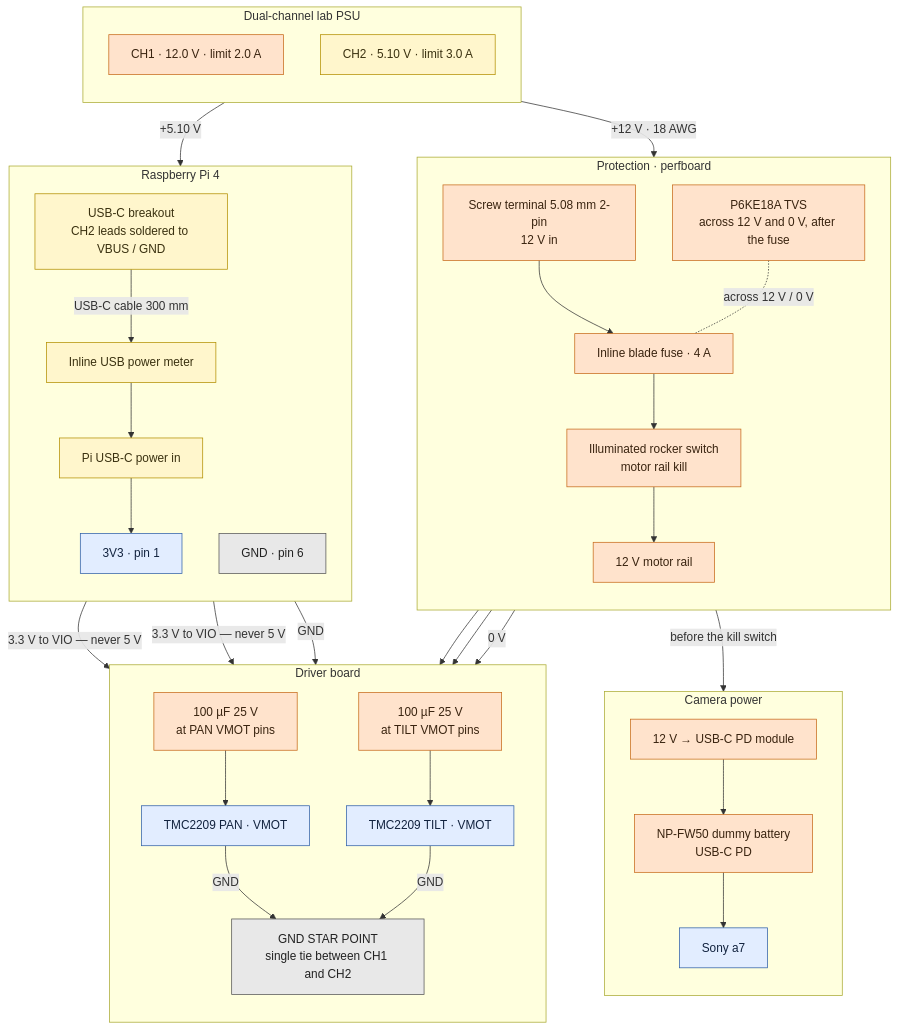
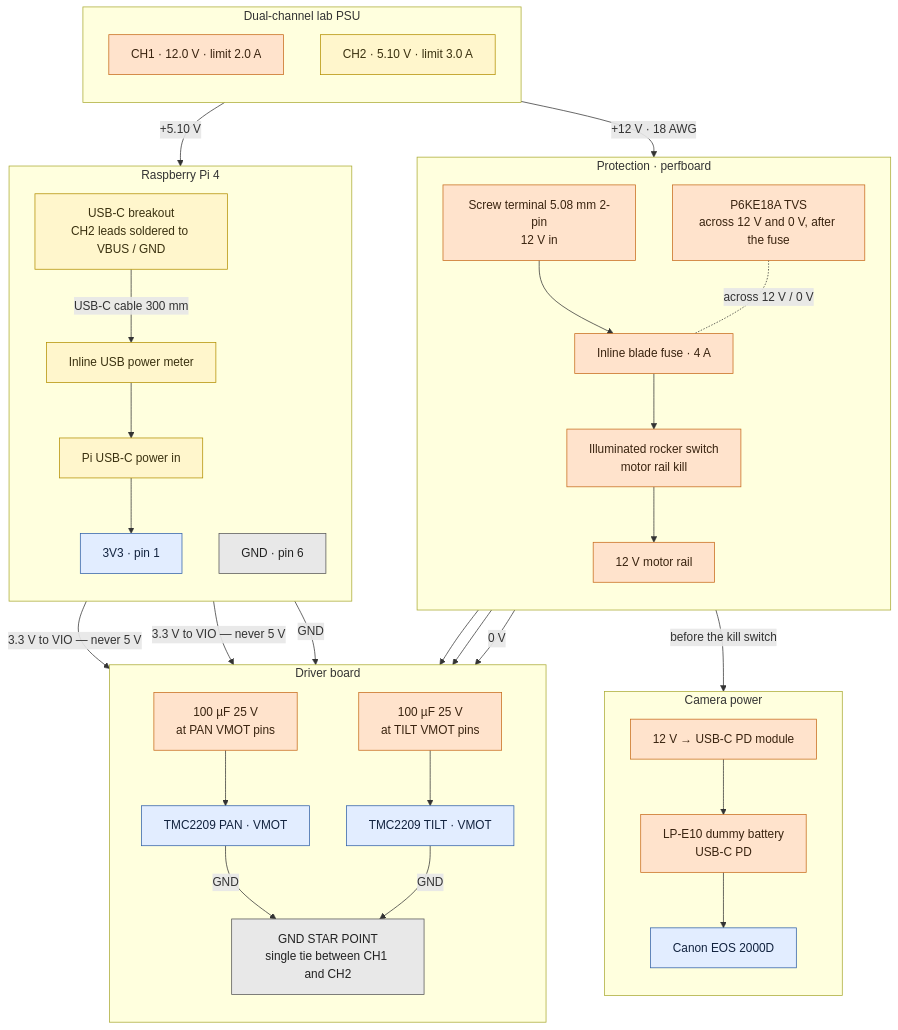
Before and after one commit to horv-akos/ugr_rig: the first of 2 diagrams in docs/CONNECTIONS.md, drawn with Mermaid. The commit also changed 10 other files, not shown here.

````diff
--- a/docs/CONNECTIONS.md
+++ b/docs/CONNECTIONS.md
@@ -35,67 +35,67 @@
 ```mermaid
 flowchart TB
   subgraph PSU["Dual-channel lab PSU"]
     direction TB
     CH1["CH1 · 12.0 V · limit 2.0 A"]
     CH2["CH2 · 5.10 V · limit 3.0 A"]
   end
 
   subgraph PROT["Protection · perfboard"]
     direction TB
     TERM["Screw terminal 5.08 mm 2-pin<br/>12 V in"]
     FUSE["Inline blade fuse · 4 A"]
     TVS["P6KE18A TVS<br/>across 12 V and 0 V, after the fuse"]
     KILL["Illuminated rocker switch<br/>motor rail kill"]
     RAIL12["12 V motor rail"]
   end
 
   subgraph DRV["Driver board"]
     direction TB
     CAPP["100 µF 25 V<br/>at PAN VMOT pins"]
     CAPT["100 µF 25 V<br/>at TILT VMOT pins"]
     DRVP["TMC2209 PAN · VMOT"]
     DRVT["TMC2209 TILT · VMOT"]
     STAR["GND STAR POINT<br/>single tie between CH1 and CH2"]
   end
 
   subgraph CAMP["Camera power"]
     direction TB
     PD["12 V → USB-C PD module"]
-    DUMMY["NP-FW50 dummy battery<br/>USB-C PD"]
-    A7["Sony a7"]
+    DUMMY["LP-E10 dummy battery<br/>USB-C PD"]
+    A7["Canon EOS 2000D"]
   end
 
   subgraph PIP["Raspberry Pi 4"]
     direction TB
     BRK["USB-C breakout<br/>CH2 leads soldered to VBUS / GND"]
     MET["Inline USB power meter"]
     USBC["Pi USB-C power in"]
     P3V3["3V3 · pin 1"]
     PGND["GND · pin 6"]
   end
 
   CH1 -->|"+12 V · 18 AWG"| TERM --> FUSE
   TVS -.-|"across 12 V / 0 V"| FUSE
   FUSE --> KILL --> RAIL12
   FUSE -->|"before the kill switch"| PD --> DUMMY --> A7
   RAIL12 --> CAPP --> DRVP
   RAIL12 --> CAPT --> DRVT
 
   CH2 -->|"+5.10 V"| BRK -->|"USB-C cable 300 mm"| MET --> USBC --> P3V3
   P3V3 -->|"3.3 V to VIO — never 5 V"| DRVP
   P3V3 -->|"3.3 V to VIO — never 5 V"| DRVT
 
   TERM -->|"0 V"| STAR
   PGND -->|"GND"| STAR
   DRVP -->|"GND"| STAR
   DRVT -->|"GND"| STAR
 
   classDef p12 fill:#ffe3cc,stroke:#c76a1a,color:#3a2410
   classDef p5 fill:#fff6cc,stroke:#b38f00,color:#3a3110
   classDef log fill:#e2edff,stroke:#2f5fa8,color:#12233f
   classDef gnd fill:#e8e8e8,stroke:#555,color:#222
   class CH1,TERM,TVS,FUSE,KILL,RAIL12,CAPP,CAPT,PD,DUMMY p12
   class CH2,BRK,MET,USBC p5
   class P3V3,DRVP,DRVT,A7 log
   class STAR,PGND gnd
 ```
````
